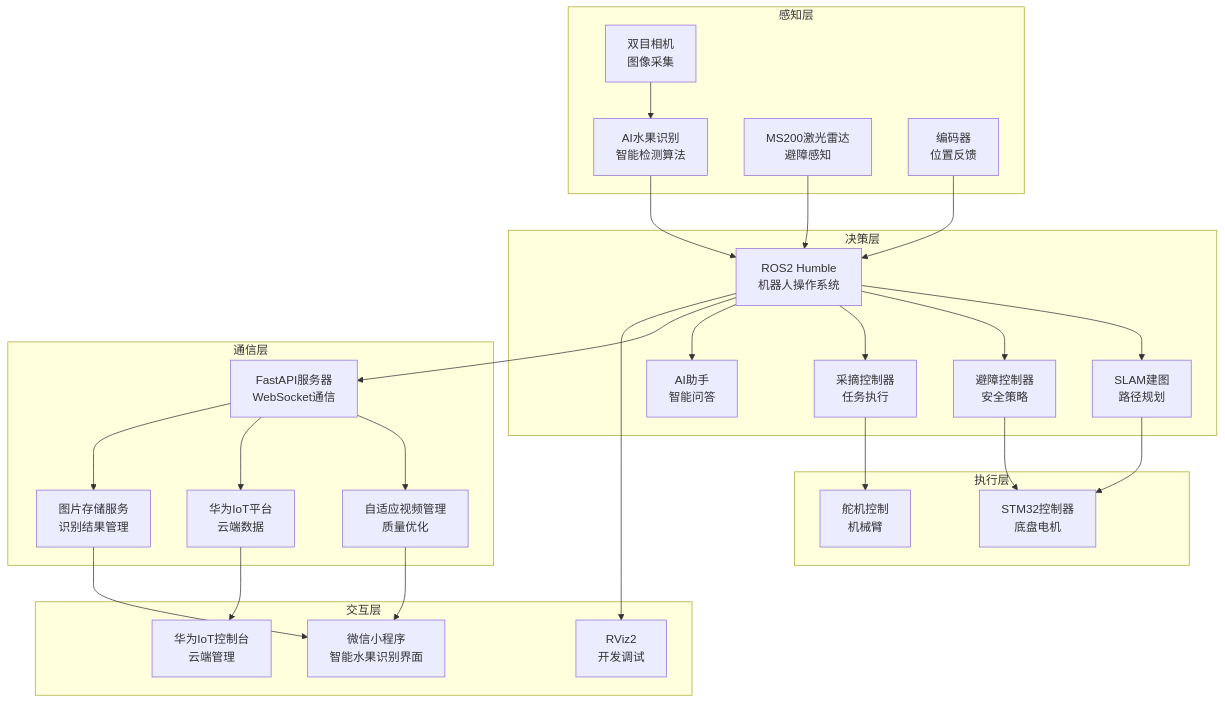
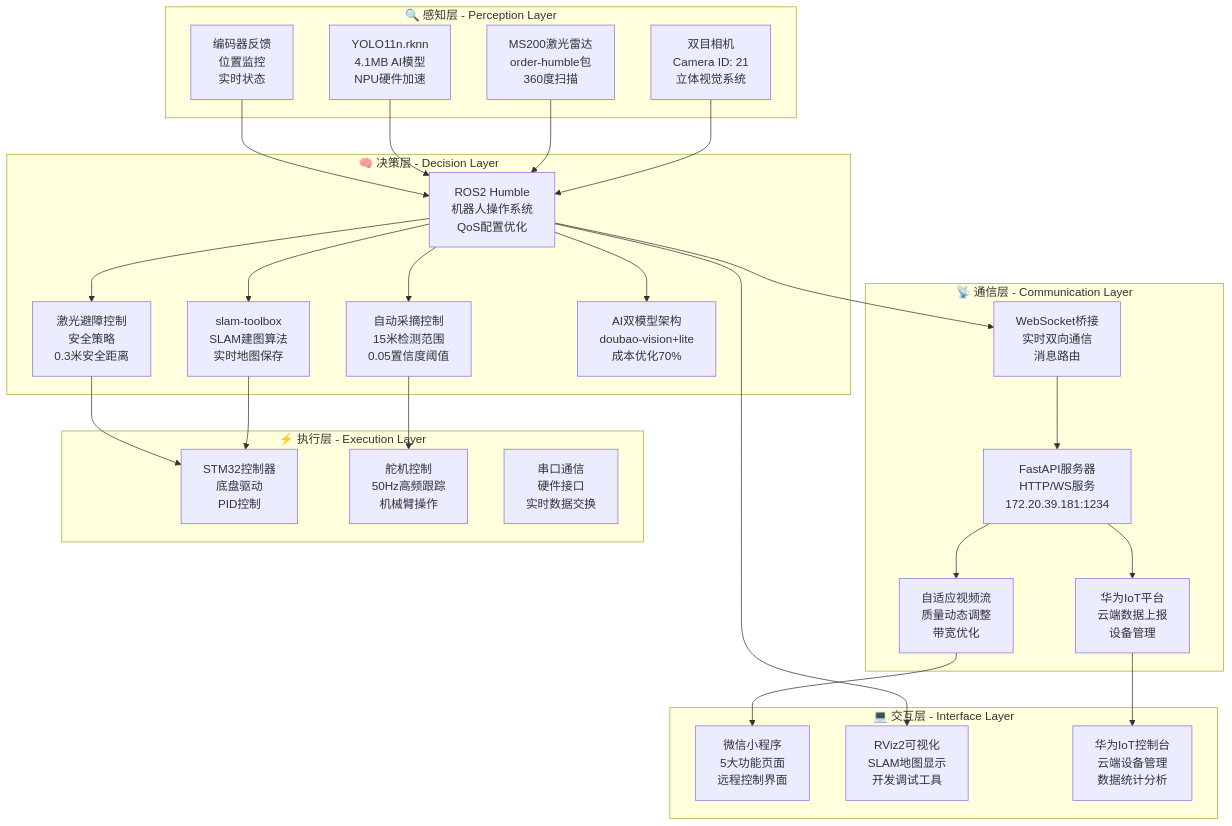
One commit to catlitter111/Harvesting-Robot changed the diagram in readme.md. Above: the diagram before and after it, drawn with Mermaid. The commit also changed other lines of this file, not shown here.

````diff
--- a/readme.md
+++ b/readme.md
@@ -26,55 +30,55 @@
 ```mermaid
 graph TB
-    subgraph "感知层"
-        A[AI水果识别<br/>智能检测算法] 
-        B[双目相机<br/>图像采集]
-        C[MS200激光雷达<br/>避障感知]
-        D[编码器<br/>位置反馈]
+    subgraph "🔍 感知层 - Perception Layer"
+        A[双目相机<br/>Camera ID: 21<br/>立体视觉系统]
+        B[MS200激光雷达<br/>order-humble包<br/>360度扫描]
+        C[YOLO11n.rknn<br/>4.1MB AI模型<br/>NPU硬件加速]
+        D[编码器反馈<br/>位置监控<br/>实时状态]
     end
     
-    subgraph "决策层"
-        E[ROS2 Humble<br/>机器人操作系统]
-        F[SLAM建图<br/>路径规划]
-        G[避障控制器<br/>安全策略]
-        H[采摘控制器<br/>任务执行]
-        I[AI助手<br/>智能问答]
+    subgraph "🧠 决策层 - Decision Layer"
+        E[ROS2 Humble<br/>机器人操作系统<br/>QoS配置优化]
+        F[slam-toolbox<br/>SLAM建图算法<br/>实时地图保存]
+        G[激光避障控制<br/>安全策略<br/>0.3米安全距离]
+        H[自动采摘控制<br/>15米检测范围<br/>0.05置信度阈值]
+        I[AI双模型架构<br/>doubao-vision+lite<br/>成本优化70%]
     end
     
-    subgraph "通信层"
-        J[FastAPI服务器<br/>WebSocket通信]
-        K[自适应视频管理<br/>质量优化]
-        L[华为IoT平台<br/>云端数据]
-        M[图片存储服务<br/>识别结果管理]
+    subgraph "📡 通信层 - Communication Layer"
+        J[WebSocket桥接<br/>实时双向通信<br/>消息路由]
+        K[FastAPI服务器<br/>HTTP/WS服务<br/>172.20.39.181:1234]
+        L[华为IoT平台<br/>云端数据上报<br/>设备管理]
+        M[自适应视频流<br/>质量动态调整<br/>带宽优化]
     end
     
-    subgraph "执行层"
-        N[STM32控制器<br/>底盘电机]
-        O[舵机控制<br/>机械臂]
+    subgraph "⚡ 执行层 - Execution Layer"
+        N[STM32控制器<br/>底盘驱动<br/>PID控制]
+        O[舵机控制<br/>50Hz高频跟踪<br/>机械臂操作]
+        P[串口通信<br/>硬件接口<br/>实时数据交换]
     end
     
-    subgraph "交互层"
-        P[微信小程序<br/>智能水果识别界面]
-        Q[RViz2<br/>开发调试]
-        R[华为IoT控制台<br/>云端管理]
+    subgraph "💻 交互层 - Interface Layer"
+        Q[微信小程序<br/>5大功能页面<br/>远程控制界面]
+        R[RViz2可视化<br/>SLAM地图显示<br/>开发调试工具]
+        S[华为IoT控制台<br/>云端设备管理<br/>数据统计分析]
     end
     
     A --> E
-    B --> A
+    B --> E
     C --> E
     D --> E
     E --> F
     E --> G
     E --> H
     E --> I
     E --> J
     F --> N
     G --> N
     H --> O
     J --> K
-    J --> L
-    J --> M
-    K --> P
-    L --> R
-    M --> P
-    E --> Q
+    K --> L
+    K --> M
+    M --> Q
+    L --> S
+    E --> R
 ```
````
